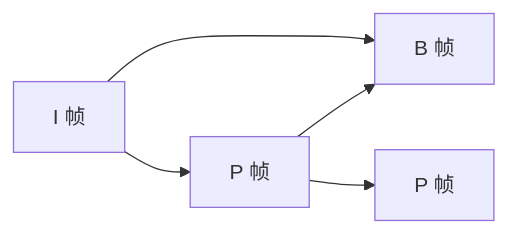
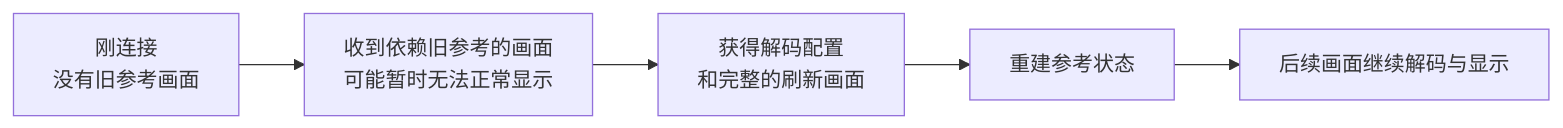
One commit to flycodeu/FlyCodeCenter changed the second of 2 diagrams in src/content/tutorial/ffmpeg/08-H264-H265-Bitstream.md. Above: the diagram before and after it, drawn with Mermaid. The commit also changed other lines of this file and 13 other files, not shown here.

````diff
--- a/src/content/tutorial/ffmpeg/08-H264-H265-Bitstream.md
+++ b/src/content/tutorial/ffmpeg/08-H264-H265-Bitstream.md
@@ -152,11 +175,7 @@
 ```mermaid
 flowchart LR
-  I0[I 帧]
-  P1[P 帧]
-  B1[B 帧]
-  P2[P 帧]
-  I0 --> P1
-  I0 --> B1
-  P1 --> B1
-  P1 --> P2
+  A[刚连接<br/>没有旧参考画面] --> B[收到依赖旧参考的画面<br/>可能暂时无法正常显示]
+  B --> C[获得解码配置<br/>和完整的刷新画面]
+  C --> D[重建参考状态]
+  D --> E[后续画面继续解码与显示]
 ```
````
